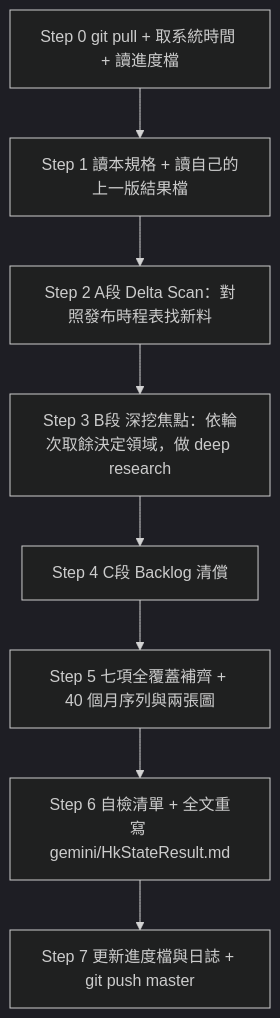
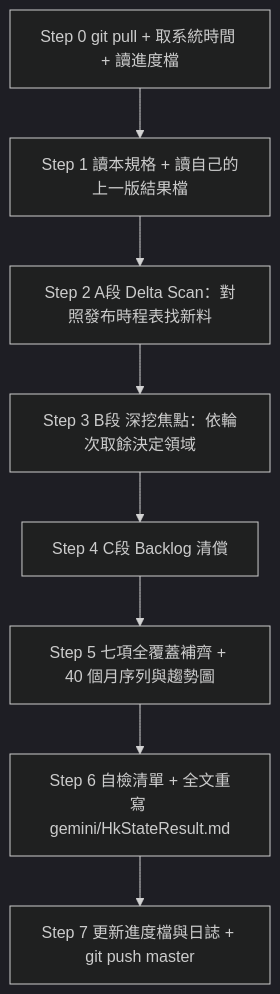
One commit to a9303001/FinancialReport changed the diagram in gemini/gemini_HkState.md. Above: the diagram before and after it, drawn with Mermaid (dark theme). The commit also changed other lines of this file, not shown here.

````diff
--- a/gemini/gemini_HkState.md
+++ b/gemini/gemini_HkState.md
@@ -492,10 +509,10 @@
 ```mermaid
 flowchart TD
     A[Step 0 git pull + 取系統時間 + 讀進度檔] --> B[Step 1 讀本規格 + 讀自己的上一版結果檔]
     B --> C[Step 2 A段 Delta Scan：對照發布時程表找新料]
-    C --> D[Step 3 B段 深挖焦點：依輪次取餘決定領域，做 deep research]
+    C --> D[Step 3 B段 深挖焦點：依輪次取餘決定領域]
     D --> E[Step 4 C段 Backlog 清償]
-    E --> F[Step 5 七項全覆蓋補齊 + 40 個月序列與兩張圖]
+    E --> F[Step 5 七項全覆蓋補齊 + 40 個月序列與趨勢圖]
     F --> G[Step 6 自檢清單 + 全文重寫 gemini/HkStateResult.md]
     G --> H[Step 7 更新進度檔與日誌 + git push master]
 ```
````
